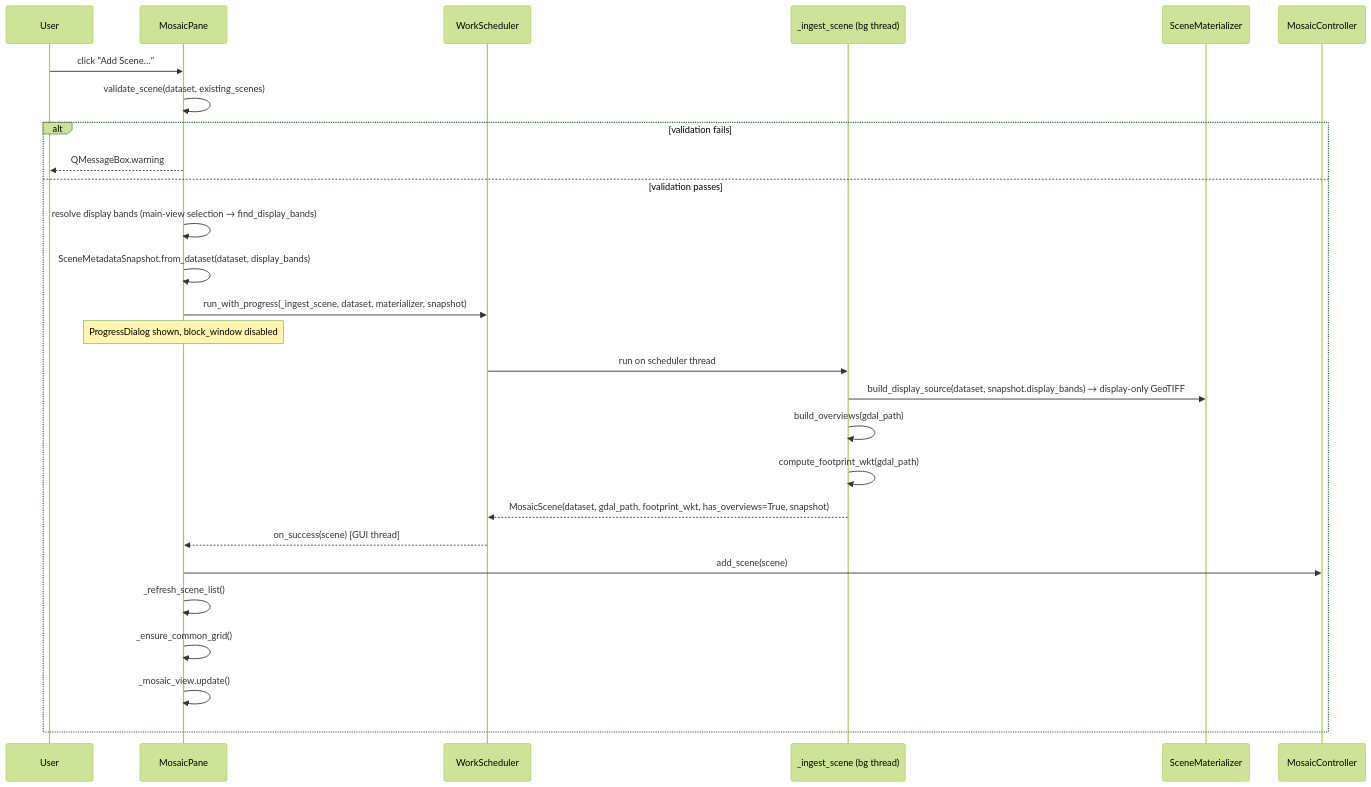
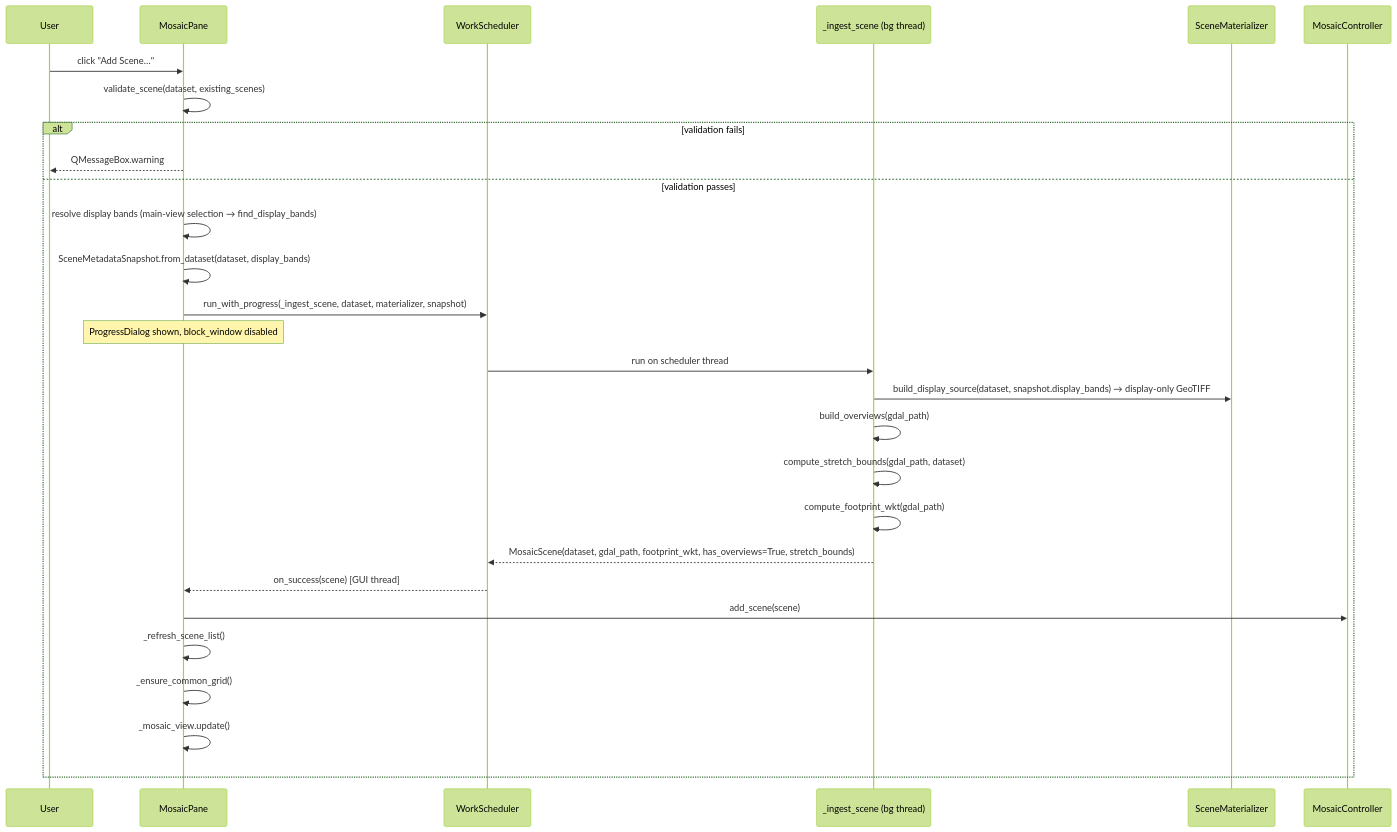
The third of 7 diagrams in _sources/developer-content/mosaic-internals.md (Ehlmann-research-group/WISER), drawn with Mermaid (forest theme) before and after one commit. The commit also changed other lines of this file and 4 other files, not shown here.

````diff
--- a/_sources/developer-content/mosaic-internals.md
+++ b/_sources/developer-content/mosaic-internals.md
@@ -240,30 +242,31 @@
 ```{mermaid}
 sequenceDiagram
     participant User
     participant Pane as MosaicPane
     participant Sched as WorkScheduler
     participant Ingest as _ingest_scene (bg thread)
     participant Mat as SceneMaterializer
     participant Ctrl as MosaicController
 
     User->>Pane: click "Add Scene…"
     Pane->>Pane: validate_scene(dataset, existing_scenes)
     alt validation fails
         Pane-->>User: QMessageBox.warning
     else validation passes
         Pane->>Pane: resolve display bands (main-view selection → find_display_bands)
         Pane->>Pane: SceneMetadataSnapshot.from_dataset(dataset, display_bands)
         Pane->>Sched: run_with_progress(_ingest_scene, dataset, materializer, snapshot)
         Note over Pane: ProgressDialog shown, block_window disabled
         Sched->>Ingest: run on scheduler thread
         Ingest->>Mat: build_display_source(dataset, snapshot.display_bands) → display-only GeoTIFF
         Ingest->>Ingest: build_overviews(gdal_path)
+        Ingest->>Ingest: compute_stretch_bounds(gdal_path, dataset)
         Ingest->>Ingest: compute_footprint_wkt(gdal_path)
-        Ingest-->>Sched: MosaicScene(dataset, gdal_path, footprint_wkt, has_overviews=True, snapshot)
+        Ingest-->>Sched: MosaicScene(dataset, gdal_path, footprint_wkt, has_overviews=True, stretch_bounds)
         Sched-->>Pane: on_success(scene) [GUI thread]
         Pane->>Ctrl: add_scene(scene)
         Pane->>Pane: _refresh_scene_list()
         Pane->>Pane: _ensure_common_grid()
         Pane->>Pane: _mosaic_view.update()
     end
 ```
````
